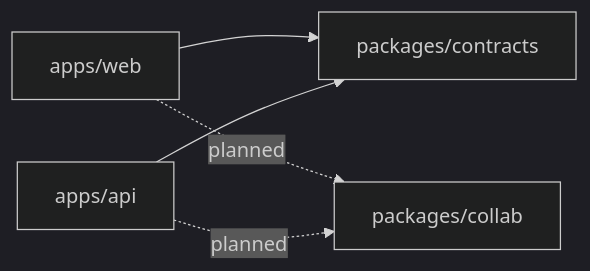
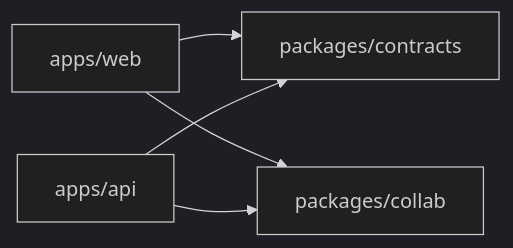
One commit to ObsisMc/between-pages changed the diagram in docs/architecture.md. Above: the diagram before and after it, drawn with Mermaid (dark theme). The commit also changed other lines of this file and 5 other files, not shown here.

````diff
--- a/docs/architecture.md
+++ b/docs/architecture.md
@@ -39,7 +40,7 @@
 ```mermaid
 graph LR
   web[apps/web] --> contracts[packages/contracts]
   api[apps/api] --> contracts
-  web -.planned.-> collab[packages/collab]
-  api -.planned.-> collab
+  web --> collab[packages/collab]
+  api --> collab
 ```
````
